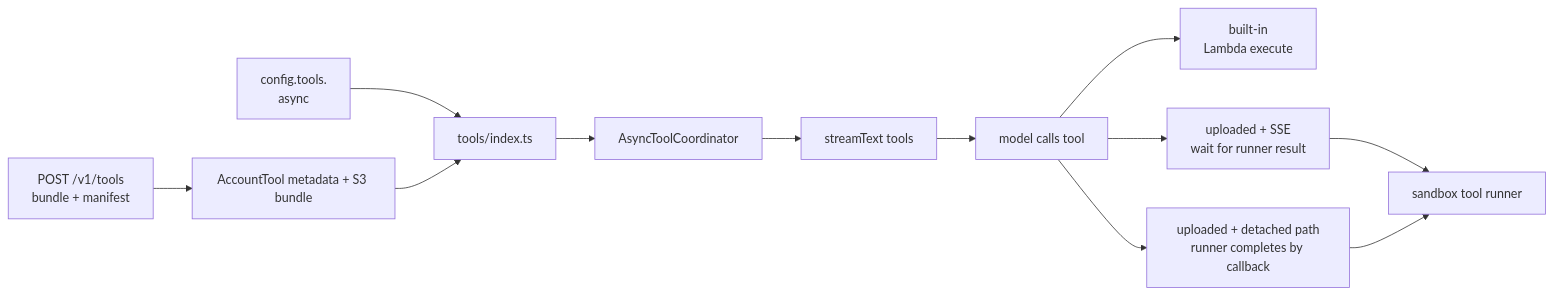
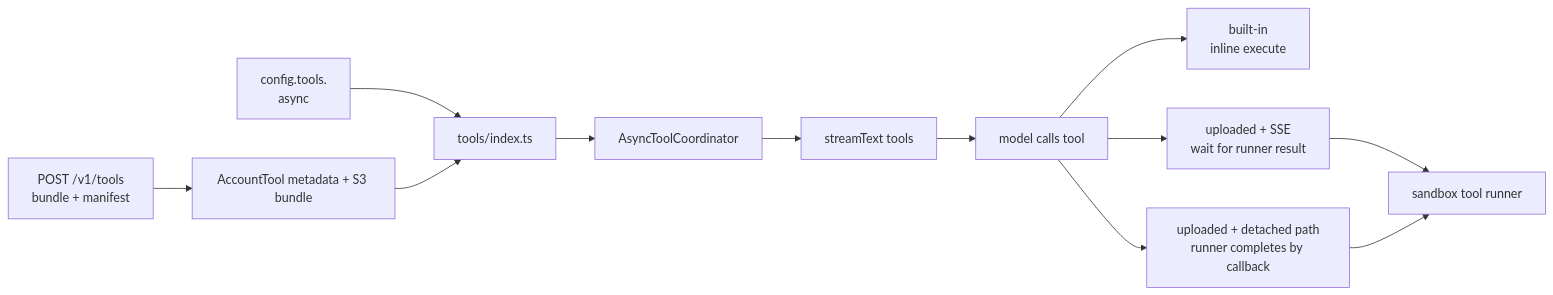
Before and after one commit to beeblastco/broods: the first of 3 diagrams in apps/docs/docs/tools.md, drawn with Mermaid. The commit also changed other lines of this file and 31 other files, not shown here.

````diff
--- a/apps/docs/docs/tools.md
+++ b/apps/docs/docs/tools.md
@@ -7,14 +7,14 @@
 ```mermaid
 flowchart LR
   Upload["POST /v1/tools<br/>bundle + manifest"] --> Store["AccountTool metadata + S3 bundle"]
   Config["config.tools.<name or toolId><br/>async"] --> Registry["tools/index.ts"]
   Store --> Registry
   Registry --> Wrap["AsyncToolCoordinator"]
   Wrap --> Model["streamText tools"]
   Model --> Call["model calls tool"]
-  Call --> BuiltIn["built-in<br/>Lambda execute"]
+  Call --> BuiltIn["built-in<br/>inline execute"]
   Call --> UploadedSse["uploaded + SSE<br/>wait for runner result"]
   Call --> UploadedDetached["uploaded + detached path<br/>runner completes by callback"]
   UploadedSse --> Runner["sandbox tool runner"]
   UploadedDetached --> Runner
 ```
````
